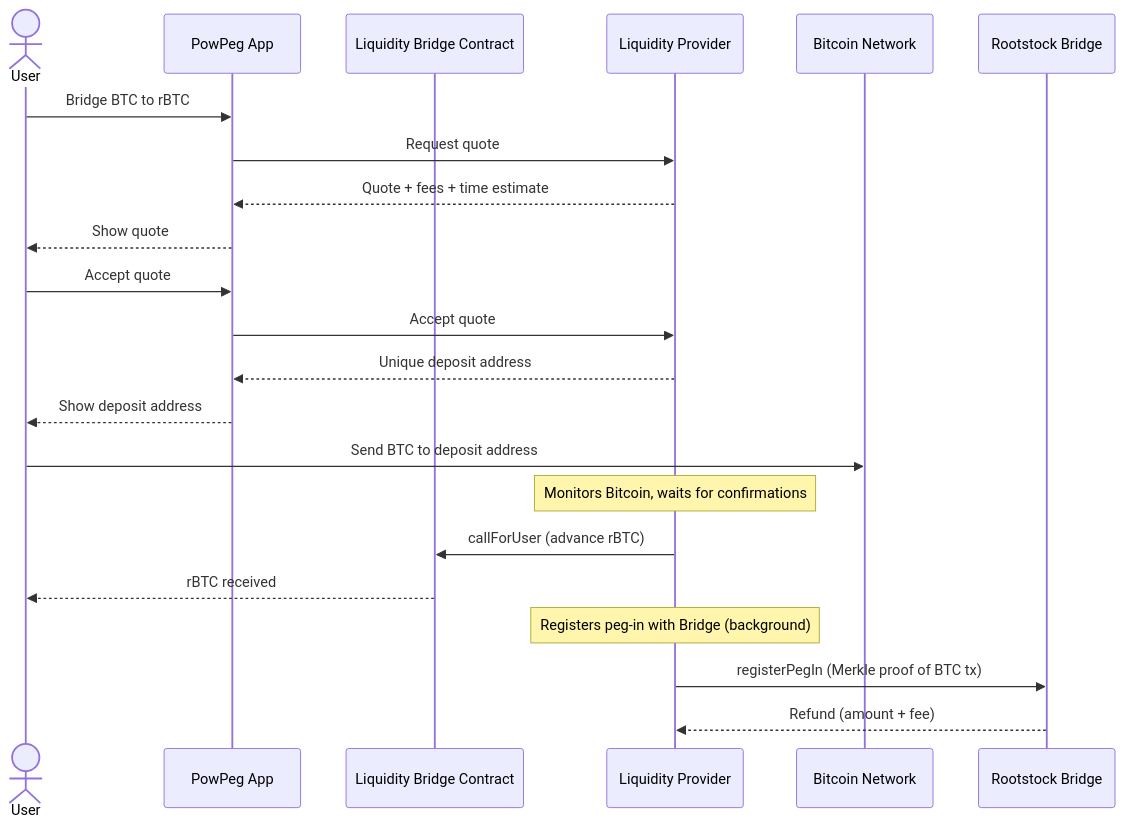
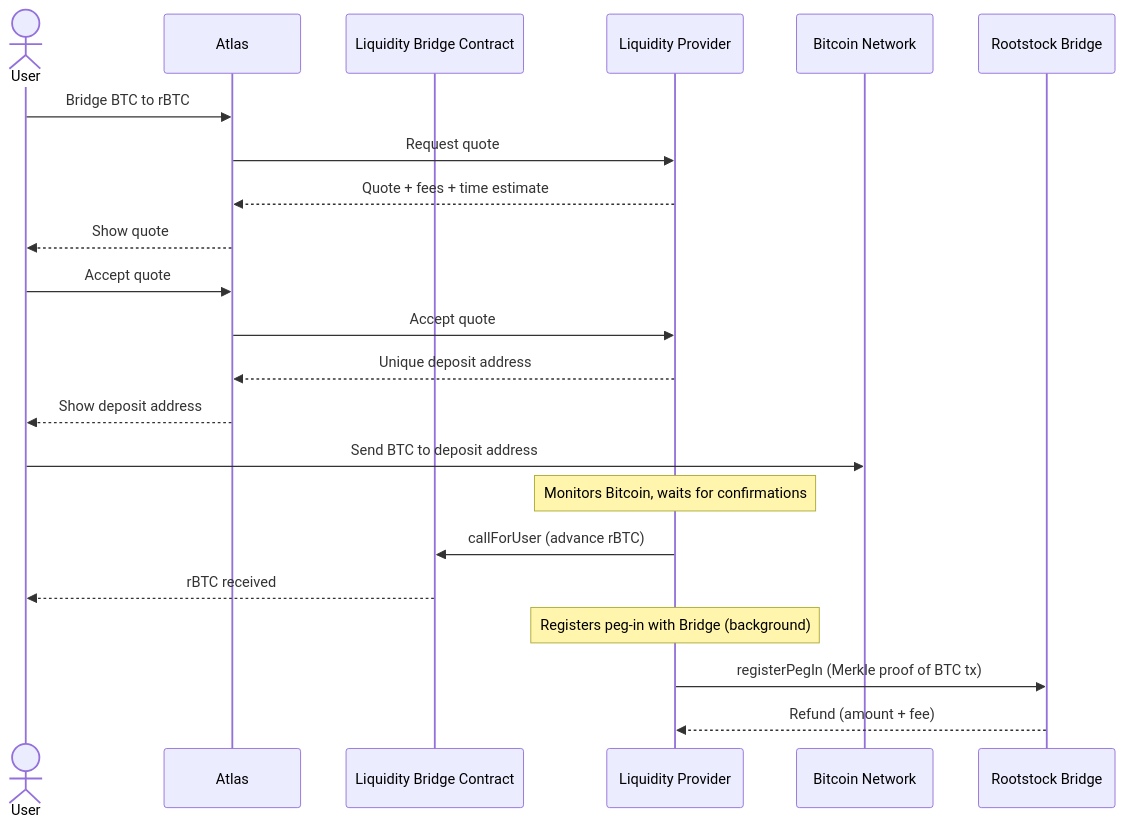
Before and after one commit to rsksmart/devportal: the second of 4 diagrams in docs/02-developers/06-integrate/02-flyover/index.md, drawn with Mermaid. The commit also changed other lines of this file and 50 other files, not shown here.

First line of the commit message:
docs: retire the PowPeg App guides in favour of Atlas (#594)

````diff
--- a/docs/02-developers/06-integrate/02-flyover/index.md
+++ b/docs/02-developers/06-integrate/02-flyover/index.md
@@ -88,31 +88,31 @@
 ```mermaid
 sequenceDiagram
     actor User
-    participant App as PowPeg App
+    participant App as Atlas
     participant LBC as Liquidity Bridge Contract
     participant LP as Liquidity Provider
     participant BTC as Bitcoin Network
     participant Bridge as Rootstock Bridge
 
     User->>App: Bridge BTC to rBTC
     App->>LP: Request quote
     LP-->>App: Quote + fees + time estimate
     App-->>User: Show quote
 
     User->>App: Accept quote
     App->>LP: Accept quote
     LP-->>App: Unique deposit address
     App-->>User: Show deposit address
 
     User->>BTC: Send BTC to deposit address
 
     Note over LP: Monitors Bitcoin, waits for confirmations
 
     LP->>LBC: callForUser (advance rBTC)
     LBC-->>User: rBTC received
 
     Note over LP: Registers peg-in with Bridge (background)
 
     LP->>Bridge: registerPegIn (Merkle proof of BTC tx)
     Bridge-->>LP: Refund (amount + fee)
 ```
````
